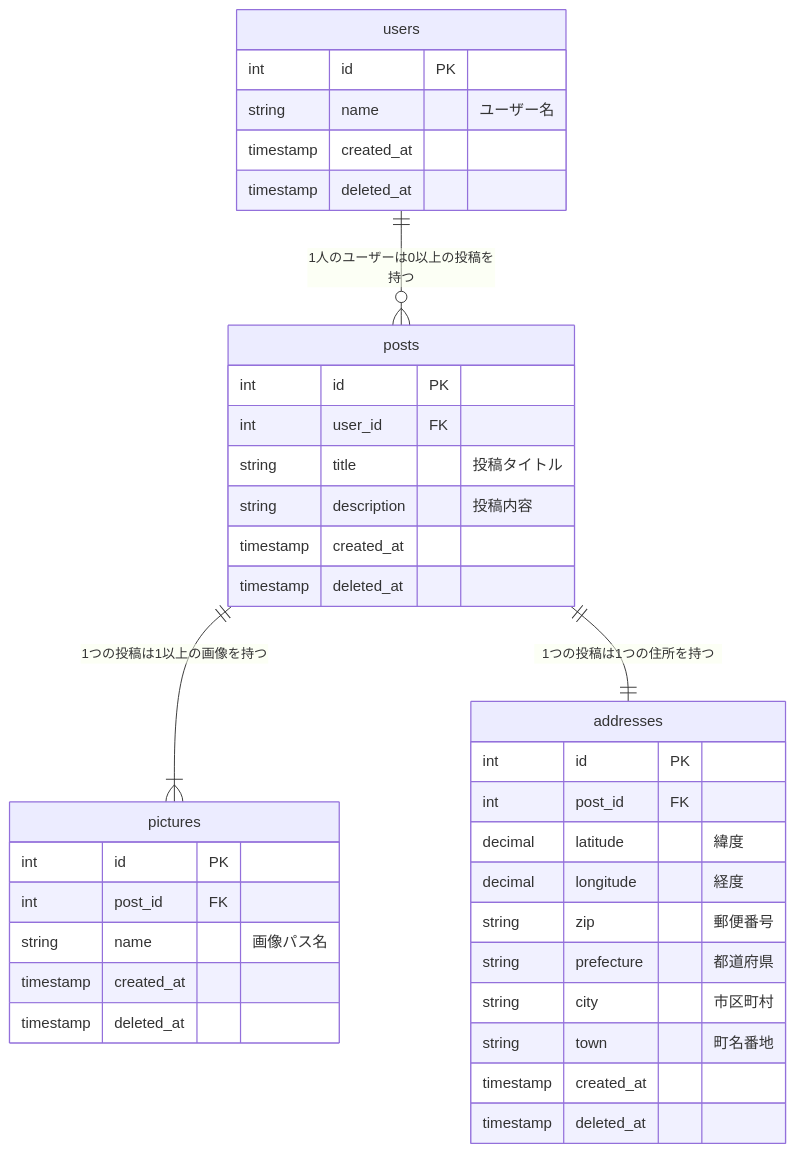
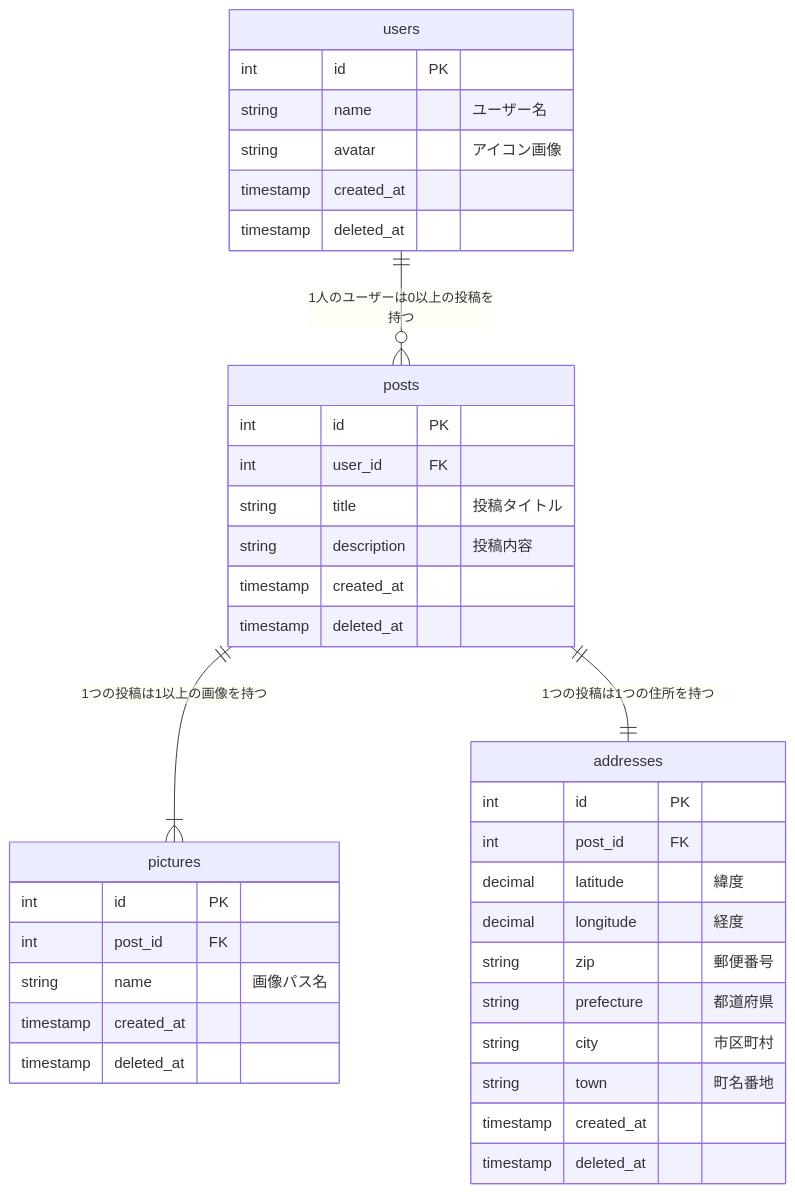
The diagram in material/tables.md (shota-mizuno-epkotsoftware/wander), drawn with Mermaid before and after one commit. The commit also changed 10 other files, not shown here.

````diff
--- a/material/tables.md
+++ b/material/tables.md
@@ -3,43 +3,44 @@
 ```mermaid
 erDiagram
     users ||--o{ posts : "1人のユーザーは0以上の投稿を持つ"
     posts ||--|{ pictures : "1つの投稿は1以上の画像を持つ"
     posts ||--|| addresses : "1つの投稿は1つの住所を持つ"
 
     users {
         int id PK
         string name "ユーザー名"
+        string avatar "アイコン画像"
         timestamp created_at
         timestamp deleted_at
     }
 
     posts {
         int id PK
         int user_id FK
         string title "投稿タイトル"
         string description "投稿内容"
         timestamp created_at
         timestamp deleted_at
     }
 
     pictures {
         int id PK
         int post_id FK
         string name "画像パス名"
         timestamp created_at
         timestamp deleted_at
     }
 
     addresses {
         int id PK
         int post_id FK
         decimal latitude "緯度"
         decimal longitude "経度"
         string zip "郵便番号"
         string prefecture "都道府県"
         string city "市区町村"
         string town "町名番地"
         timestamp created_at
         timestamp deleted_at
     }
 ```
````
